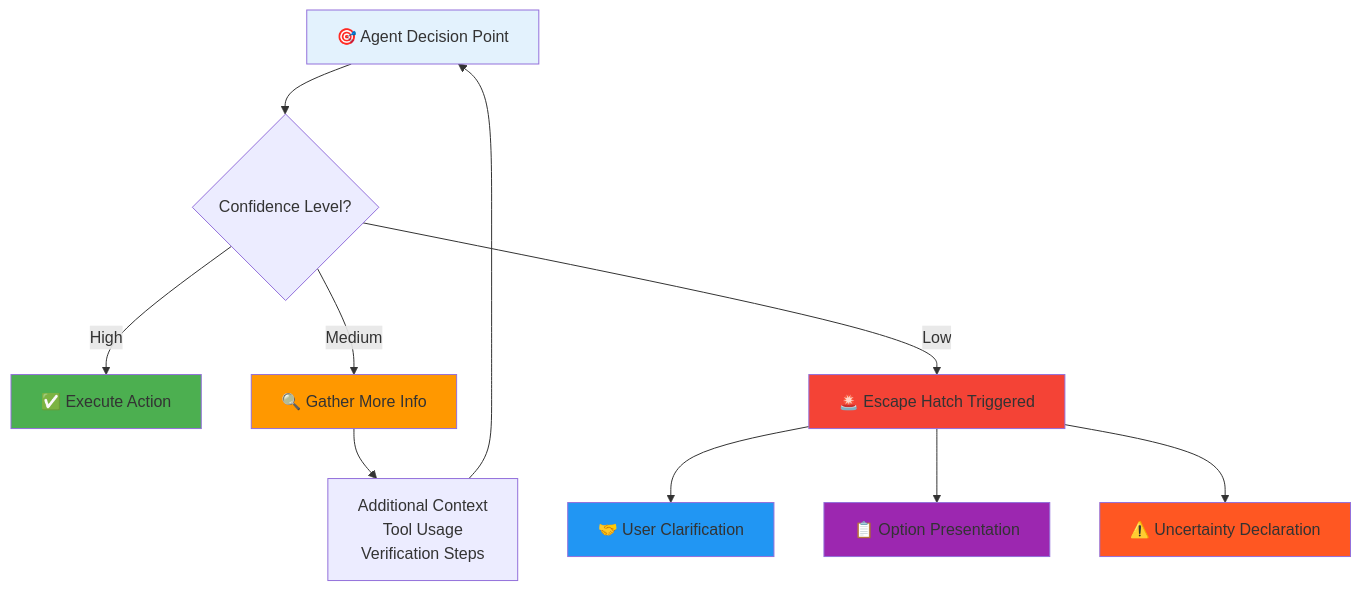
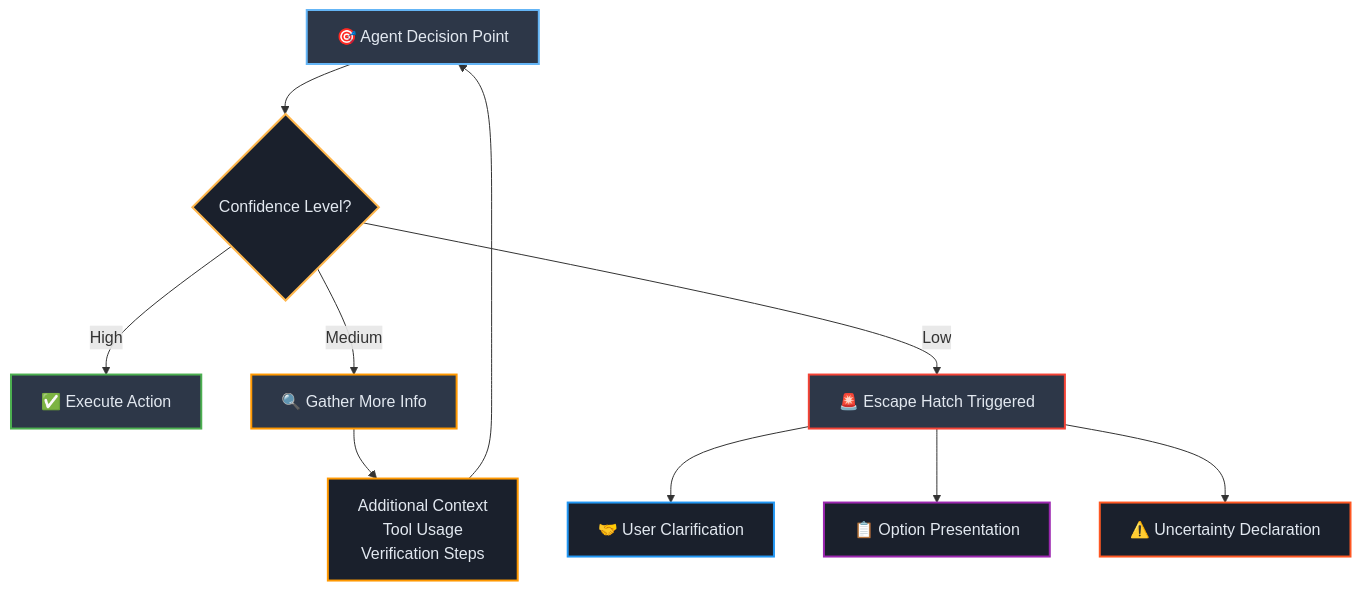
Before and after one commit to josemlopez/prompt_tutorial: the fourth of 5 diagrams in Part_II_Section_7_Advanced_Agentic_Prompting_Metaprogramming_and_Self-Correction.md, drawn with Mermaid. The commit also changed other lines of this file and 7 other files, not shown here.

````diff
--- a/Part_II_Section_7_Advanced_Agentic_Prompting_Metaprogramming_and_Self-Correction.md
+++ b/Part_II_Section_7_Advanced_Agentic_Prompting_Metaprogramming_and_Self-Correction.md
@@ -236,23 +250,25 @@
 ```mermaid
 graph TD
-    A[🎯 Agent Decision Point] --> B{Confidence Level?}
-    
-    B -->|High| C[✅ Execute Action]
-    B -->|Medium| D[🔍 Gather More Info]
-    B -->|Low| E[🚨 Escape Hatch Triggered]
-    
-    D --> F[Additional Context<br/>Tool Usage<br/>Verification Steps]
-    F --> A
-    
-    E --> G[🤝 User Clarification]
-    E --> H[📋 Option Presentation]
-    E --> I[⚠️ Uncertainty Declaration]
-    
-    style A fill:#e3f2fd
-    style C fill:#4caf50
-    style D fill:#ff9800
-    style E fill:#f44336
-    style G fill:#2196f3
-    style H fill:#9c27b0
-    style I fill:#ff5722
+   A[🎯 Agent Decision Point] --> B{Confidence Level?}
+   
+   B -->|High| C[✅ Execute Action]
+   B -->|Medium| D[🔍 Gather More Info]
+   B -->|Low| E[🚨 Escape Hatch Triggered]
+   
+   D --> F[Additional Context<br/>Tool Usage<br/>Verification Steps]
+   F --> A
+   
+   E --> G[🤝 User Clarification]
+   E --> H[📋 Option Presentation]
+   E --> I[⚠️ Uncertainty Declaration]
+   
+   style A fill:#2d3748,stroke:#64b5f6,stroke-width:2px,color:#e2e8f0
+   style B fill:#1a202c,stroke:#ffb74d,stroke-width:2px,color:#e2e8f0
+   style C fill:#2d3748,stroke:#4caf50,stroke-width:2px,color:#e2e8f0
+   style D fill:#2d3748,stroke:#ff9800,stroke-width:2px,color:#e2e8f0
+   style E fill:#2d3748,stroke:#f44336,stroke-width:2px,color:#e2e8f0
+   style F fill:#1a202c,stroke:#ff9800,stroke-width:2px,color:#e2e8f0
+   style G fill:#1a202c,stroke:#2196f3,stroke-width:2px,color:#e2e8f0
+   style H fill:#1a202c,stroke:#9c27b0,stroke-width:2px,color:#e2e8f0
+   style I fill:#1a202c,stroke:#ff5722,stroke-width:2px,color:#e2e8f0
 ```
````
